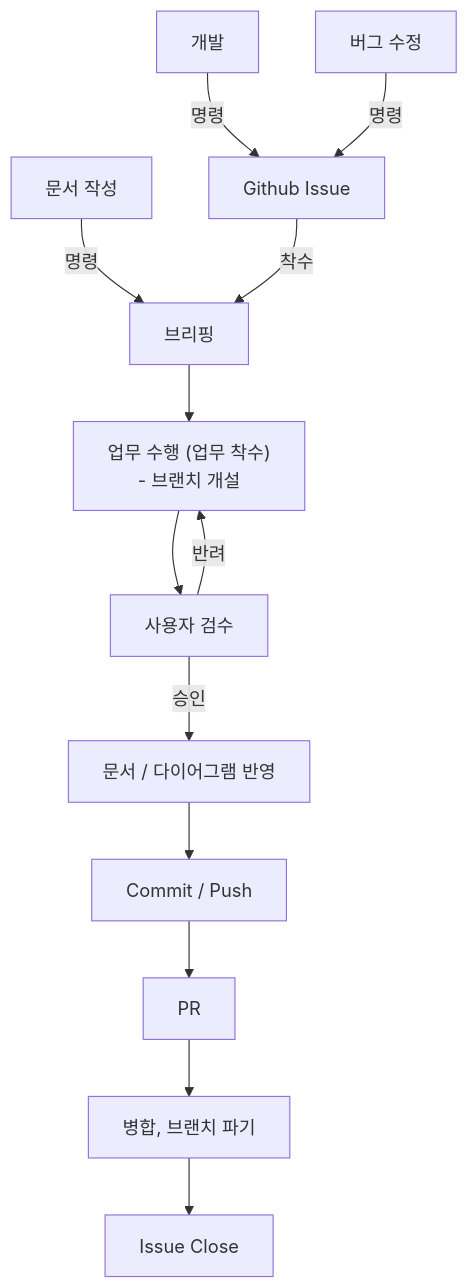
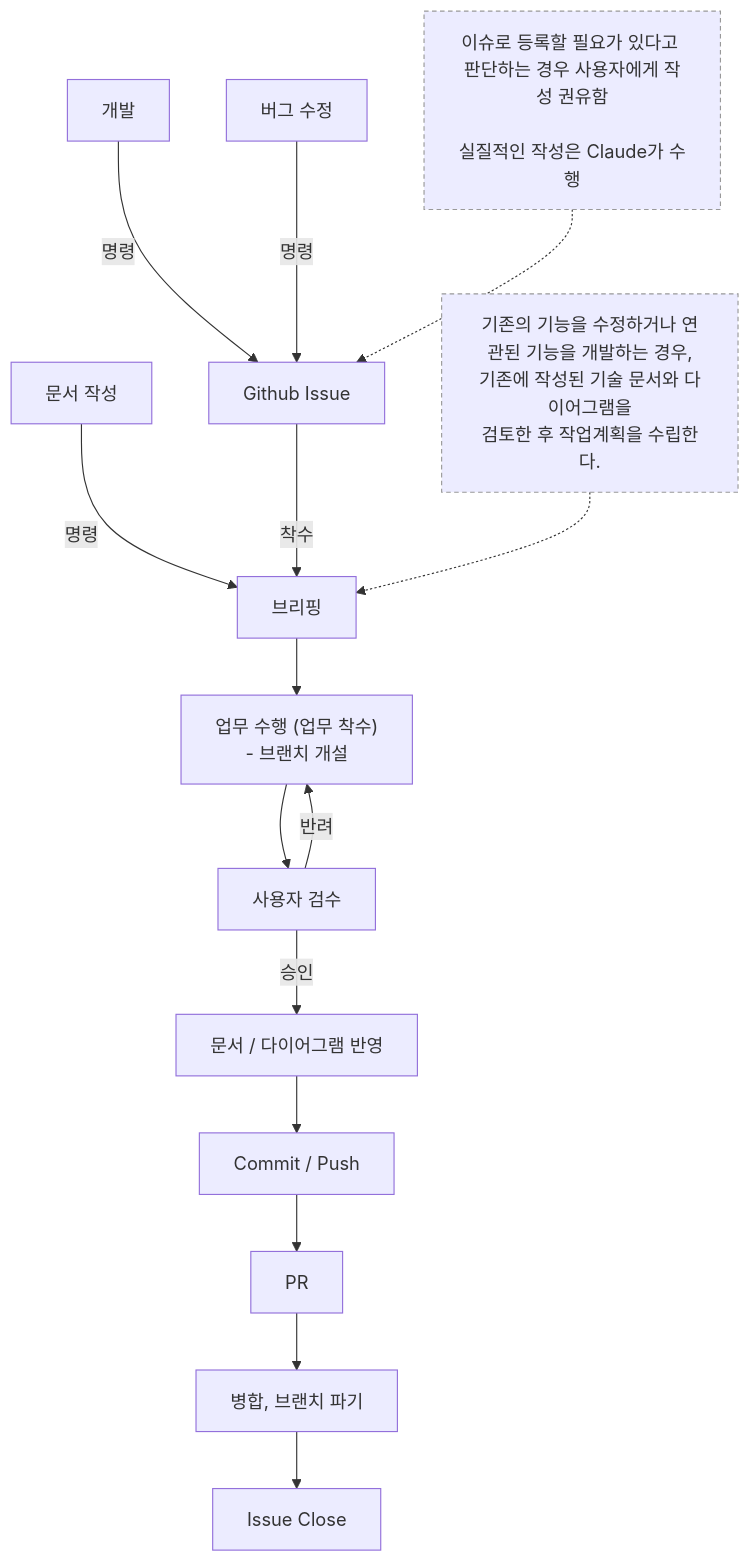
The diagram in Docs/Claude/WorkflowRules.md (chrisck0/ClaudeTest), drawn with Mermaid before and after one commit. The commit also changed other lines of this file and 10 other files, not shown here.

````diff
--- a/Docs/Claude/WorkflowRules.md
+++ b/Docs/Claude/WorkflowRules.md
@@ -11,15 +11,20 @@
 ```mermaid
 flowchart TD
     Dev[개발] -->|명령| Issue[Github Issue]
     Bug[버그 수정] -->|명령| Issue
     Doc[문서 작성] -->|명령| Brief[브리핑]
     Issue -->|착수| Brief
     Brief --> Work["업무 수행 (업무 착수)<br/>- 브랜치 개설"]
     Work --> Review[사용자 검수]
     Review -->|반려| Work
     Review -->|승인| Reflect[문서 / 다이어그램 반영]
     Reflect --> Commit[Commit / Push]
     Commit --> PR[PR]
     PR --> Merge[병합, 브랜치 파기]
     Merge --> Close[Issue Close]
+
+    IssueNote["이슈로 등록할 필요가 있다고 판단하는 경우 사용자에게 작성 권유함<br/><br/>실질적인 작성은 Claude가 수행"] -.-> Issue
+    BriefNote["기존의 기능을 수정하거나 연관된 기능을 개발하는 경우,<br/>기존에 작성된 기술 문서와 다이어그램을<br/>검토한 후 작업계획을 수립한다."] -.-> Brief
+    classDef note stroke:#999,stroke-dasharray: 4 3
+    class IssueNote,BriefNote note
 ```
````
